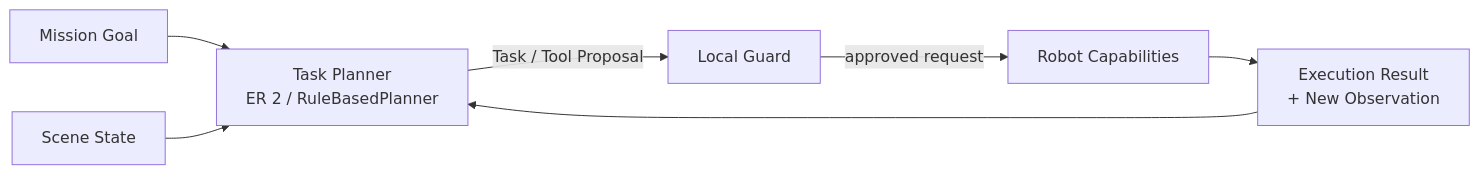
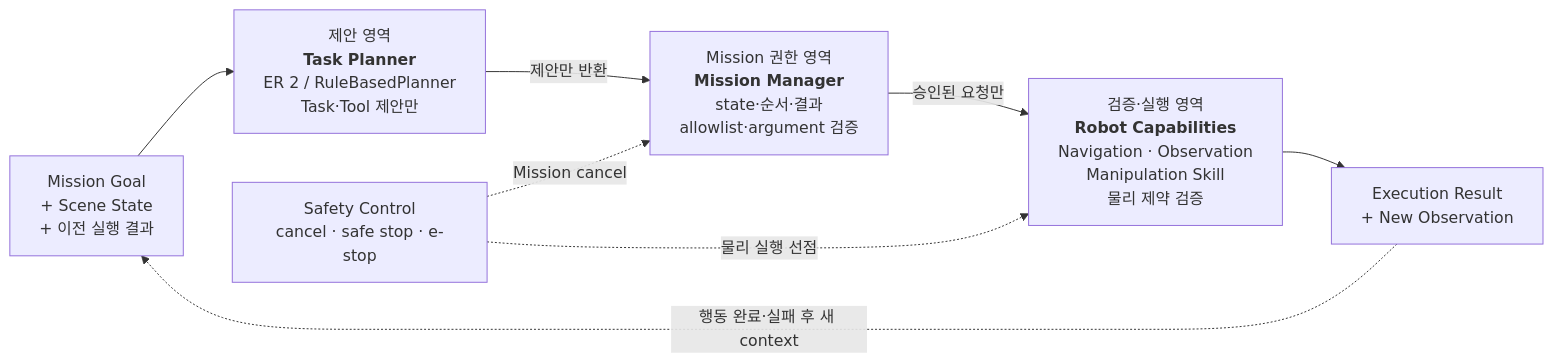
The diagram in 20_TECHNICAL/03 - Task Planning and Robot Capabilities.md (asm17-moving-agent/cleany-docs), drawn with Mermaid before and after one commit. The commit also changed other lines of this file and 22 other files, not shown here.

````diff
--- a/20_TECHNICAL/03 - Task Planning and Robot Capabilities.md
+++ b/20_TECHNICAL/03 - Task Planning and Robot Capabilities.md
@@ -20,16 +20,17 @@
 ```mermaid
 flowchart LR
-    goal["Mission Goal"]
-    scene["Scene State"]
-    planner["Task Planner<br/>ER 2 / RuleBasedPlanner"]
-    guard["Local Guard"]
-    capabilities["Robot Capabilities"]
-    observation["Execution Result<br/>+ New Observation"]
+    context["Mission Goal<br/>+ Scene State<br/>+ 이전 실행 결과"]
+    planner["제안 영역<br/><b>Task Planner</b><br/>ER 2 / RuleBasedPlanner<br/>Task·Tool 제안만"]
+    mission["Mission 권한 영역<br/><b>Mission Manager</b><br/>state·순서·결과<br/>allowlist·argument 검증"]
+    capabilities["검증·실행 영역<br/><b>Robot Capabilities</b><br/>Navigation · Observation<br/>Manipulation Skill<br/>물리 제약 검증"]
+    result["Execution Result<br/>+ New Observation"]
+    safety["Safety Control<br/>cancel · safe stop · e-stop"]
 
-    goal --> planner
-    scene --> planner
-    planner -->|Task / Tool Proposal| guard
-    guard -->|approved request| capabilities
-    capabilities --> observation
-    observation --> planner
+    context --> planner
+    planner -->|제안만 반환| mission
+    mission -->|승인된 요청만| capabilities
+    capabilities --> result
+    result -.->|행동 완료·실패 후 새 context| context
+    safety -.->|Mission cancel| mission
+    safety -.->|물리 실행 선점| capabilities
 ```
````
